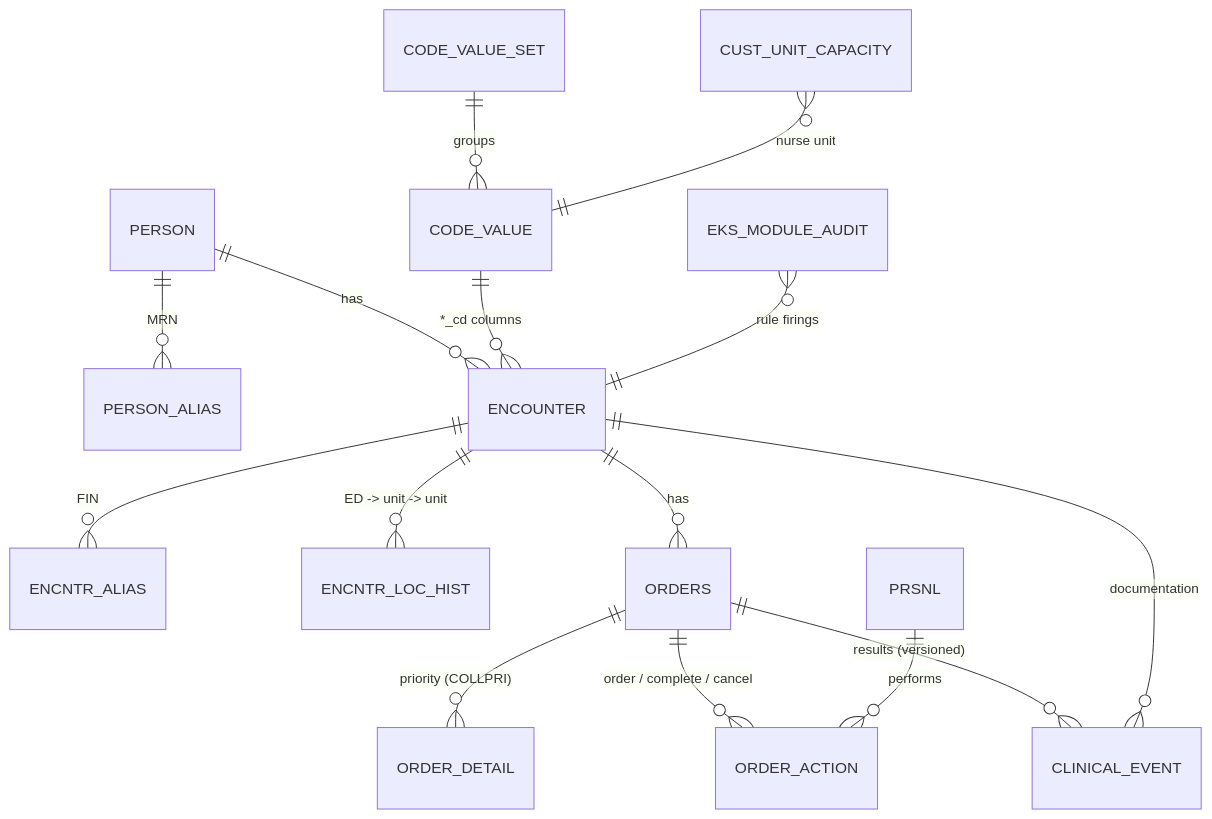
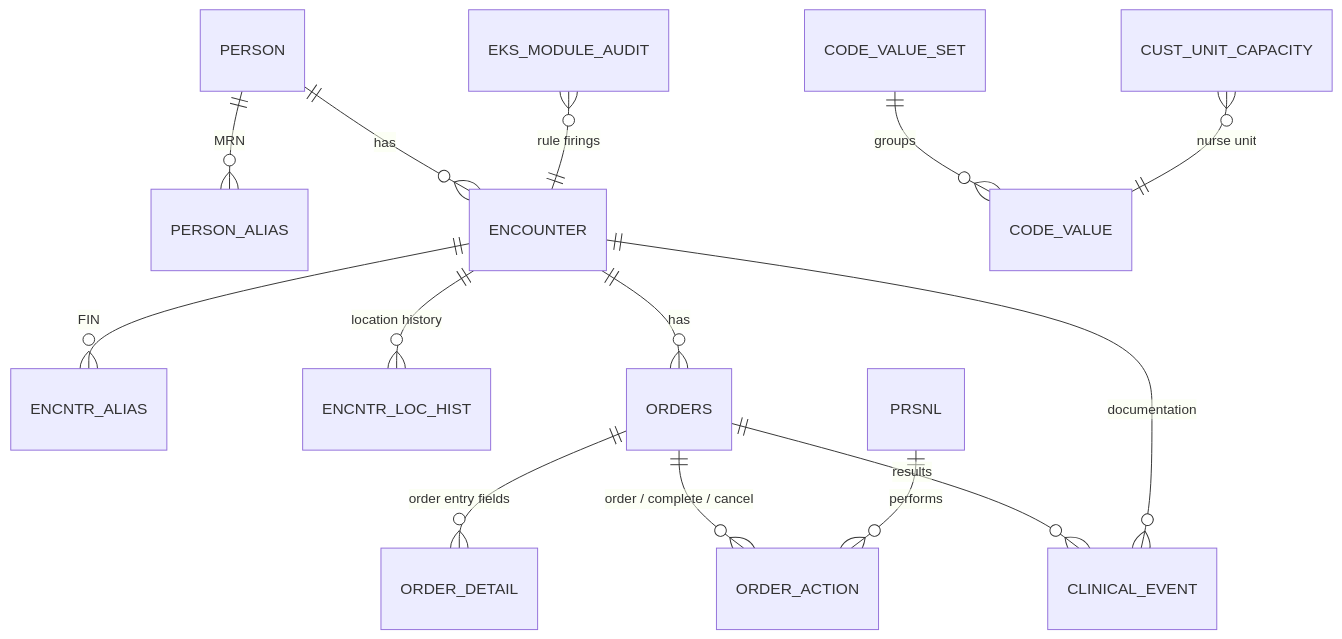
Before and after one commit to kovinaveenkumar/millennium-clinical-reporting: the diagram in docs/data_model.md, drawn with Mermaid. The commit also changed other lines of this file and 10 other files, not shown here.

````diff
--- a/docs/data_model.md
+++ b/docs/data_model.md
@@ -5,17 +5,16 @@
 ```mermaid
 erDiagram
     PERSON ||--o{ PERSON_ALIAS : "MRN"
     PERSON ||--o{ ENCOUNTER : has
     ENCOUNTER ||--o{ ENCNTR_ALIAS : "FIN"
-    ENCOUNTER ||--o{ ENCNTR_LOC_HIST : "ED -> unit -> unit"
+    ENCOUNTER ||--o{ ENCNTR_LOC_HIST : "location history"
     ENCOUNTER ||--o{ ORDERS : has
-    ORDERS ||--o{ ORDER_DETAIL : "priority (COLLPRI)"
+    ORDERS ||--o{ ORDER_DETAIL : "order entry fields"
     ORDERS ||--o{ ORDER_ACTION : "order / complete / cancel"
-    ORDERS ||--o{ CLINICAL_EVENT : "results (versioned)"
+    ORDERS ||--o{ CLINICAL_EVENT : "results"
     ENCOUNTER ||--o{ CLINICAL_EVENT : "documentation"
     PRSNL ||--o{ ORDER_ACTION : performs
-    CODE_VALUE ||--o{ ENCOUNTER : "*_cd columns"
     CODE_VALUE_SET ||--o{ CODE_VALUE : groups
     CUST_UNIT_CAPACITY }o--|| CODE_VALUE : "nurse unit"
     EKS_MODULE_AUDIT }o--|| ENCOUNTER : "rule firings"
 ```
````
